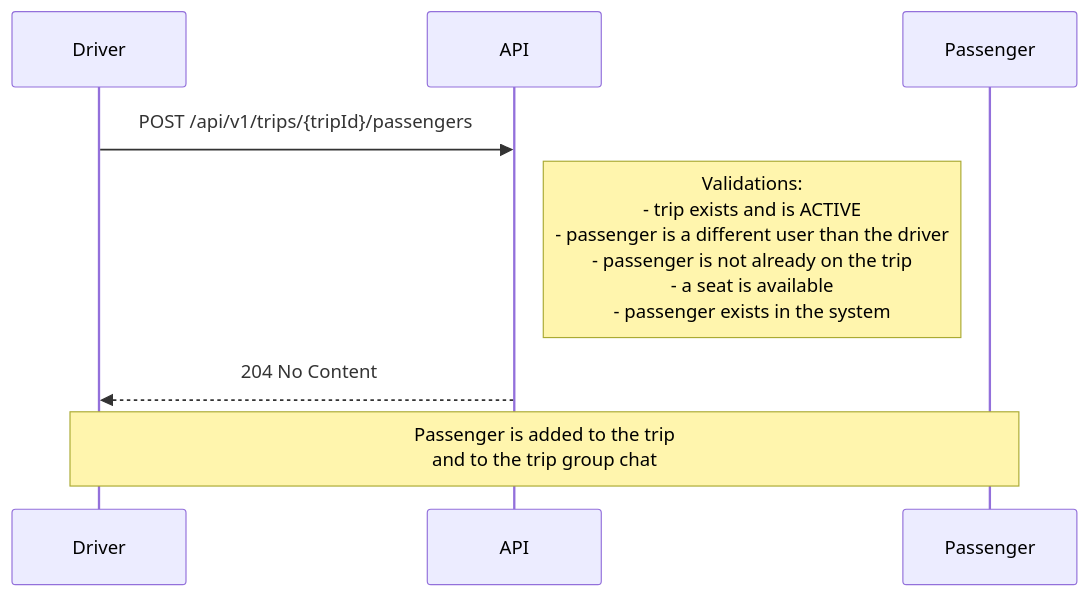
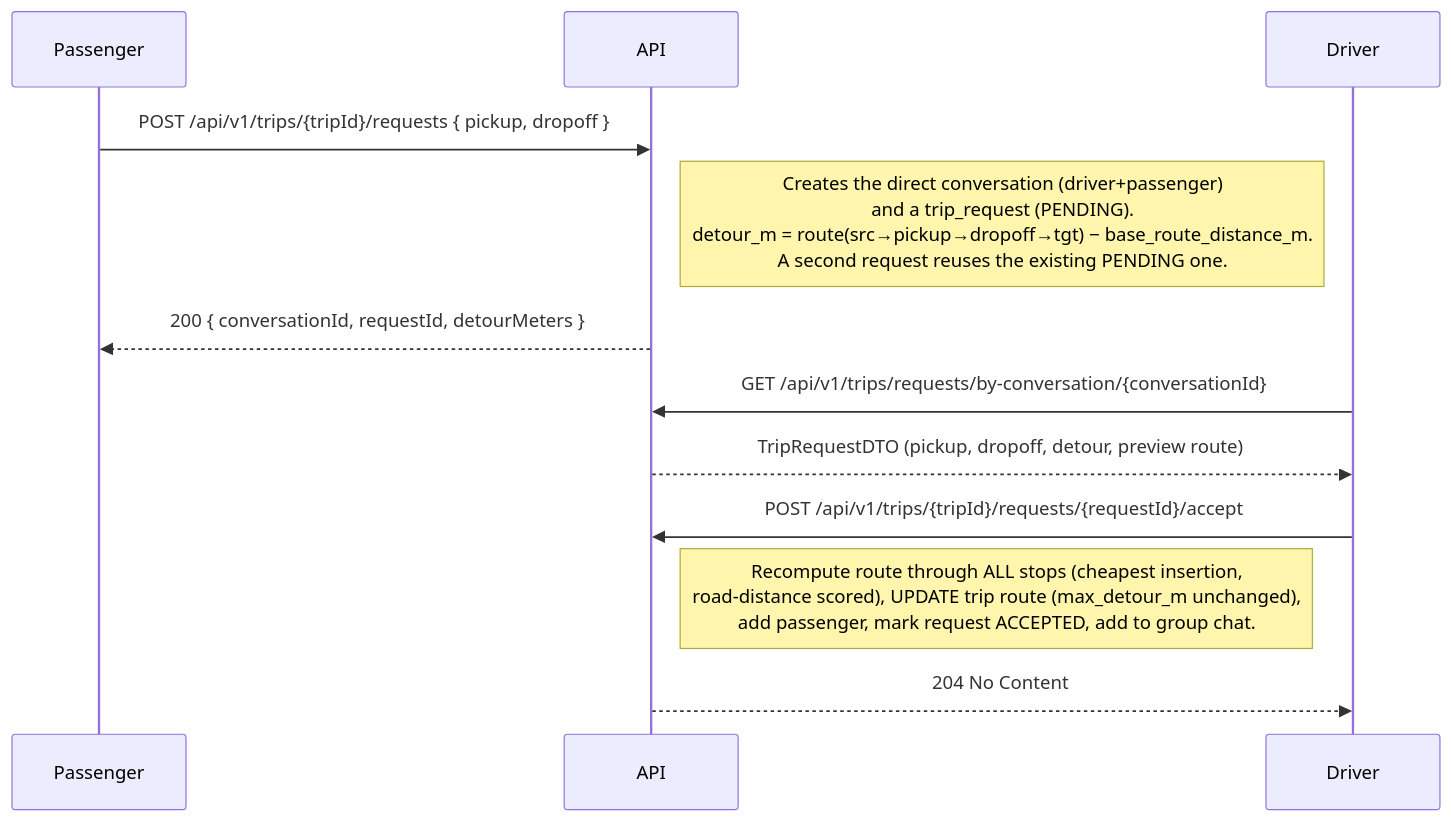
Before and after one commit to Lukasz921/RoadTripPullUp: the first of 2 diagrams in docs/trip-request-lifecycle.md, drawn with Mermaid. The commit also changed other lines of this file, not shown here.

Commit message:
docs: rewrite trip request lifecycle for the request/accept flow

````diff
--- a/docs/trip-request-lifecycle.md
+++ b/docs/trip-request-lifecycle.md
@@ -5,11 +13,17 @@
 ```mermaid
 sequenceDiagram
+    participant Passenger
+    participant API
     participant Driver
-    participant API
-    participant Passenger
 
-    Driver->>API: POST /api/v1/trips/{tripId}/passengers
-    Note right of API: Validations:<br/>- trip exists and is ACTIVE<br/>- passenger is a different user than the driver<br/>- passenger is not already on the trip<br/>- a seat is available<br/>- passenger exists in the system
+    Passenger->>API: POST /api/v1/trips/{tripId}/requests  { pickup, dropoff }
+    Note right of API: Creates the direct conversation (driver+passenger)<br/>and a trip_request (PENDING).<br/>detour_m = route(src→pickup→dropoff→tgt) − base_route_distance_m.<br/>A second request reuses the existing PENDING one.
+    API-->>Passenger: 200 { conversationId, requestId, detourMeters }
+
+    Driver->>API: GET /api/v1/trips/requests/by-conversation/{conversationId}
+    API-->>Driver: TripRequestDTO (pickup, dropoff, detour, preview route)
+
+    Driver->>API: POST /api/v1/trips/{tripId}/requests/{requestId}/accept
+    Note right of API: Recompute route through ALL stops (cheapest insertion,<br/>road-distance scored), UPDATE trip route (max_detour_m unchanged),<br/>add passenger, mark request ACCEPTED, add to group chat.
     API-->>Driver: 204 No Content
-    Note over Driver,Passenger: Passenger is added to the trip<br/>and to the trip group chat
 ```
````
